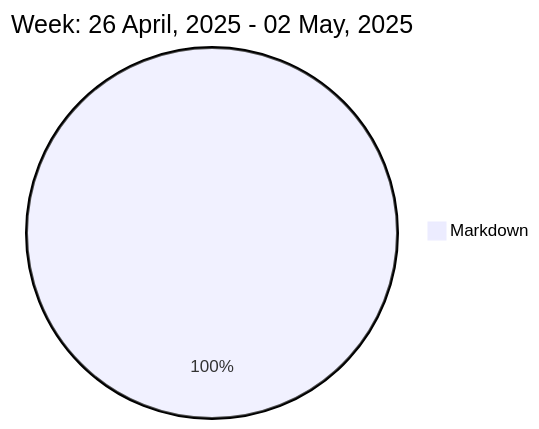
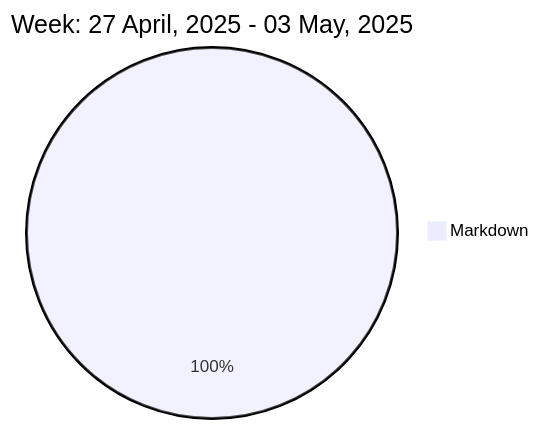
The diagram in README.md (liubin95/liubin95), drawn with Mermaid before and after one commit.

Commit message:
Updated the Graph with new Metrics

````diff
--- a/README.md
+++ b/README.md
@@ -37,5 +37,5 @@
 ```mermaid
  pie
-title Week: 26 April, 2025 - 02 May, 2025
+title Week: 27 April, 2025 - 03 May, 2025
  "Markdown" : 2.58
 ```
````
